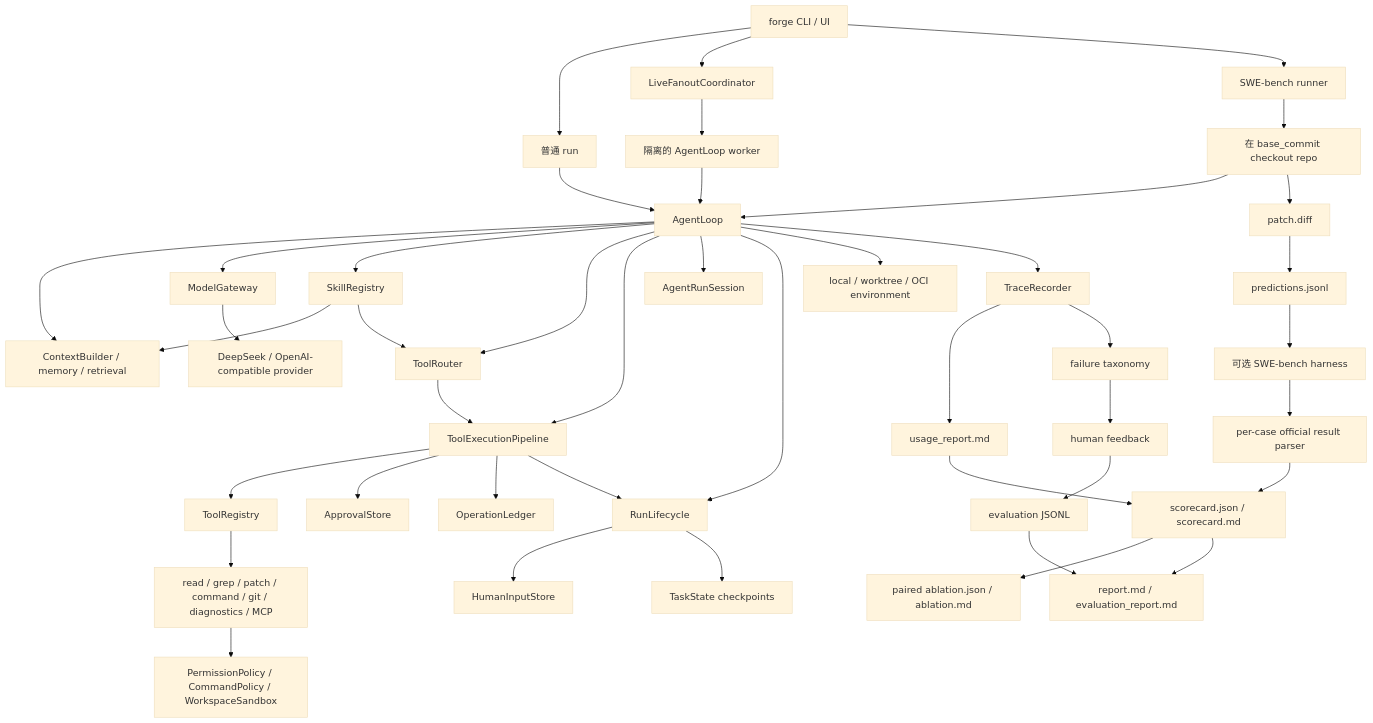
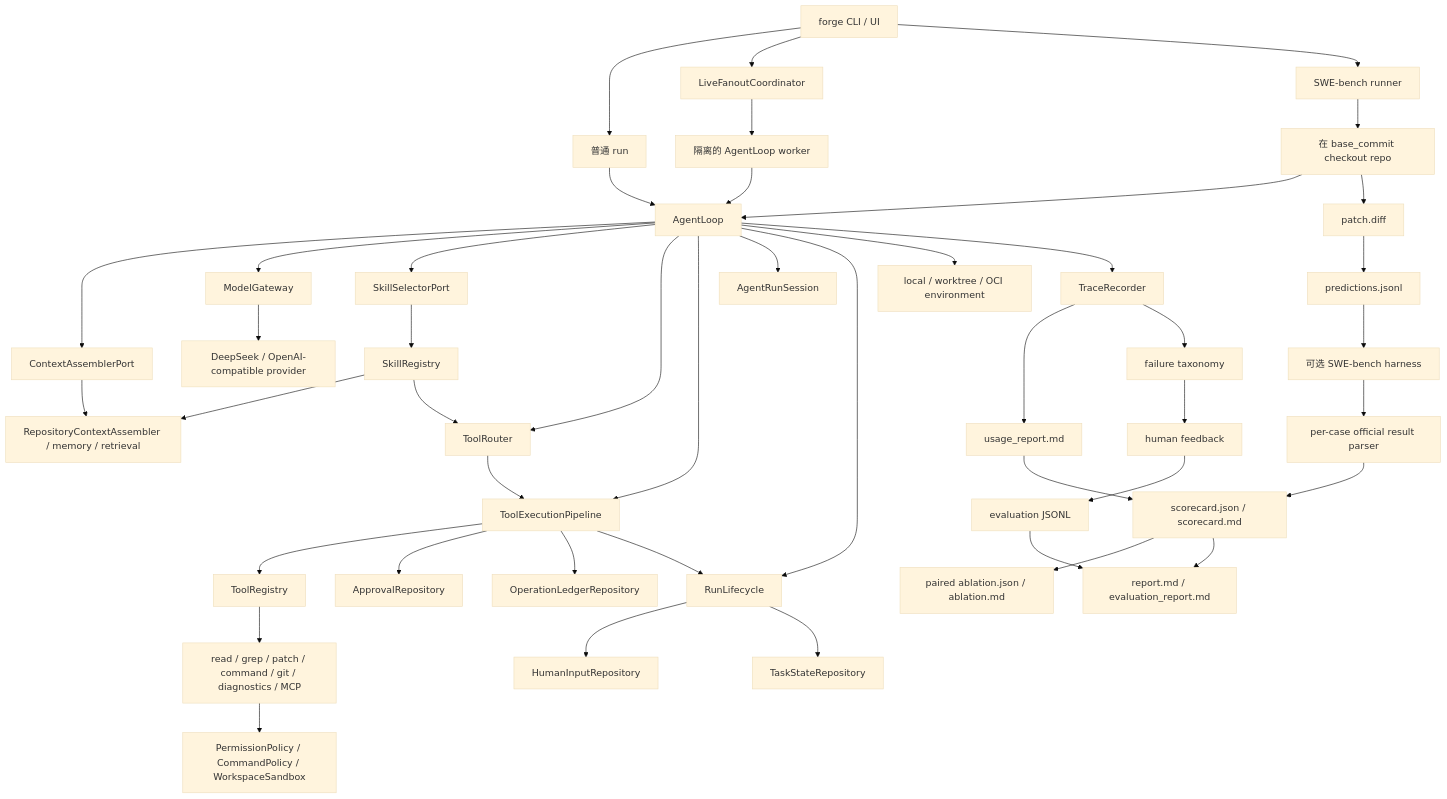
The diagram in README.md (semi-hollow/NanoHarness), drawn with Mermaid (base theme) before and after one commit. The commit also changed other lines of this file and 234 other files, not shown here.

Commit message:
Refactor capability boundaries and architecture

````diff
--- a/README.md
+++ b/README.md
@@ -271,45 +273,47 @@
 ```mermaid
 flowchart TD
     CLI["forge CLI / UI"] --> Run["普通 run"]
     CLI --> Fanout["LiveFanoutCoordinator"]
     CLI --> Bench["SWE-bench runner"]
     Bench --> Checkout["在 base_commit checkout repo"]
     Run --> Loop["AgentLoop"]
     Fanout --> Worker["隔离的 AgentLoop worker"]
     Worker --> Loop
     Checkout --> Loop
-    Loop --> Context["ContextBuilder / memory / retrieval"]
+    Loop --> ContextPort["ContextAssemblerPort"]
+    ContextPort --> Context["RepositoryContextAssembler / memory / retrieval"]
     Loop --> Gateway["ModelGateway"]
     Gateway --> LLM["DeepSeek / OpenAI-compatible provider"]
-    Loop --> Skills["SkillRegistry"]
+    Loop --> SkillPort["SkillSelectorPort"]
+    SkillPort --> Skills["SkillRegistry"]
     Loop --> Router["ToolRouter"]
     Loop --> Pipeline["ToolExecutionPipeline"]
     Loop --> Session["AgentRunSession"]
     Skills --> Context
     Skills --> Router
     Router --> Pipeline
     Pipeline --> Registry["ToolRegistry"]
     Registry --> Tools["read / grep / patch / command / git / diagnostics / MCP"]
     Tools --> Safety["PermissionPolicy / CommandPolicy / WorkspaceSandbox"]
-    Pipeline --> Approval["ApprovalStore"]
-    Pipeline --> Ledger["OperationLedger"]
+    Pipeline --> Approval["ApprovalRepository"]
+    Pipeline --> Ledger["OperationLedgerRepository"]
     Loop --> Lifecycle["RunLifecycle"]
     Pipeline --> Lifecycle
-    Lifecycle --> Human["HumanInputStore"]
-    Lifecycle --> State["TaskState checkpoints"]
+    Lifecycle --> Human["HumanInputRepository"]
+    Lifecycle --> State["TaskStateRepository"]
     Loop --> Environment["local / worktree / OCI environment"]
     Loop --> Trace["TraceRecorder"]
     Trace --> Usage["usage_report.md"]
     Trace --> Diagnosis["failure taxonomy"]
     Diagnosis --> Feedback["human feedback"]
     Feedback --> Dataset["evaluation JSONL"]
     Checkout --> Patch["patch.diff"]
     Patch --> Predictions["predictions.jsonl"]
     Predictions --> Official["可选 SWE-bench harness"]
     Official --> Parser["per-case official result parser"]
     Usage --> Scorecard["scorecard.json / scorecard.md"]
     Parser --> Scorecard
     Scorecard --> Ablation["paired ablation.json / ablation.md"]
     Scorecard --> Report["report.md / evaluation_report.md"]
     Dataset --> Report
 ```
````
